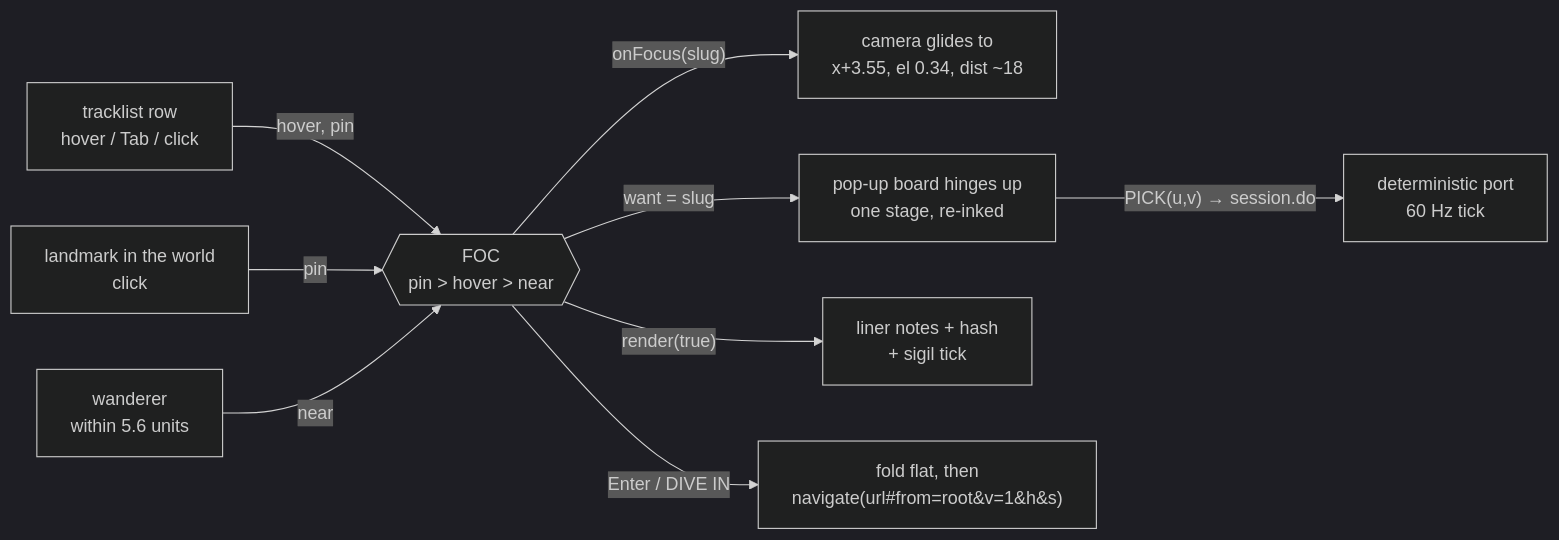
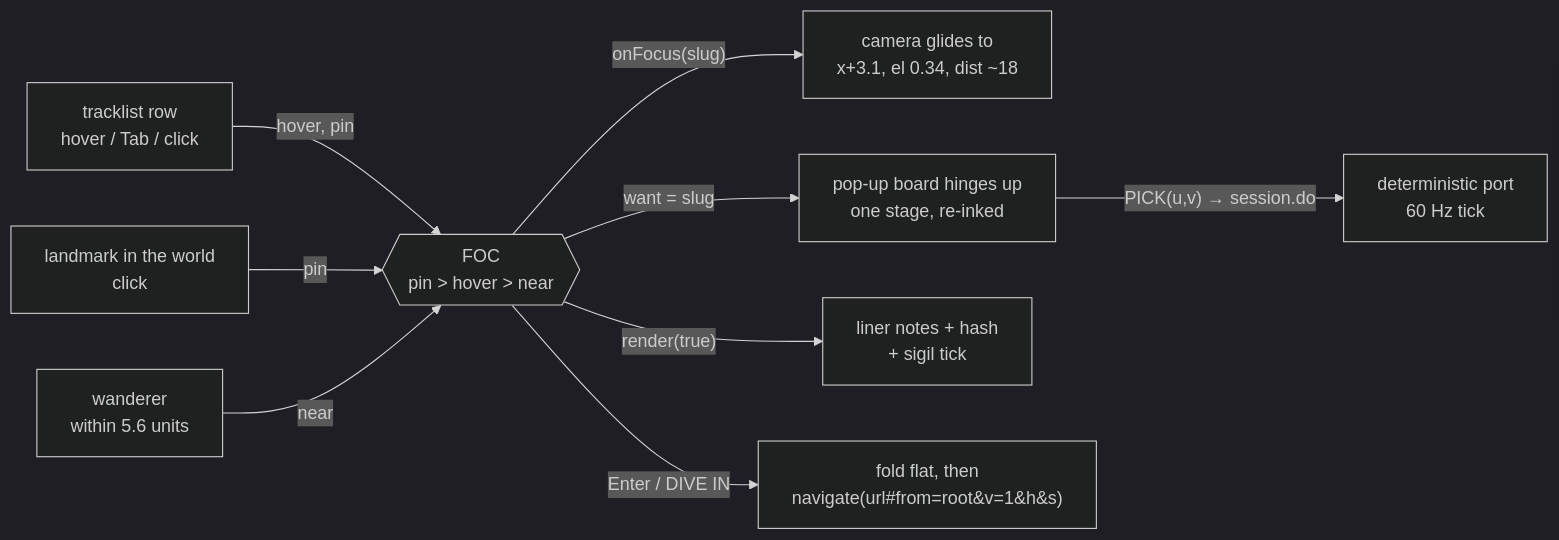
Before and after one commit to CinematicGenius007/independents: the diagram in prototypes/root-explorer-minimal/diagrams/focus.mmd, drawn with Mermaid (dark theme). The commit also changed 4 other files, not shown here.

```diff
--- a/prototypes/root-explorer-minimal/diagrams/focus.mmd
+++ b/prototypes/root-explorer-minimal/diagrams/focus.mmd
@@ -1,9 +1,9 @@
 flowchart LR
   row["tracklist row<br/>hover / Tab / click"] -->|"hover, pin"| FOC{{"FOC<br/>pin > hover > near"}}
   lm["landmark in the world<br/>click"] -->|"pin"| FOC
   walk["wanderer<br/>within 5.6 units"] -->|"near"| FOC
-  FOC -->|"onFocus(slug)"| cam["camera glides to<br/>x+3.55, el 0.34, dist ~18"]
+  FOC -->|"onFocus(slug)"| cam["camera glides to<br/>x+3.1, el 0.34, dist ~18"]
   FOC -->|"want = slug"| board["pop-up board hinges up<br/>one stage, re-inked"]
   FOC -->|"render(true)"| liner["liner notes + hash<br/>+ sigil tick"]
   board -->|"PICK(u,v) → session.do"| port["deterministic port<br/>60 Hz tick"]
   FOC -->|"Enter / DIVE IN"| fold["fold flat, then<br/>navigate(url#from=root&v=1&h&s)"]
```
